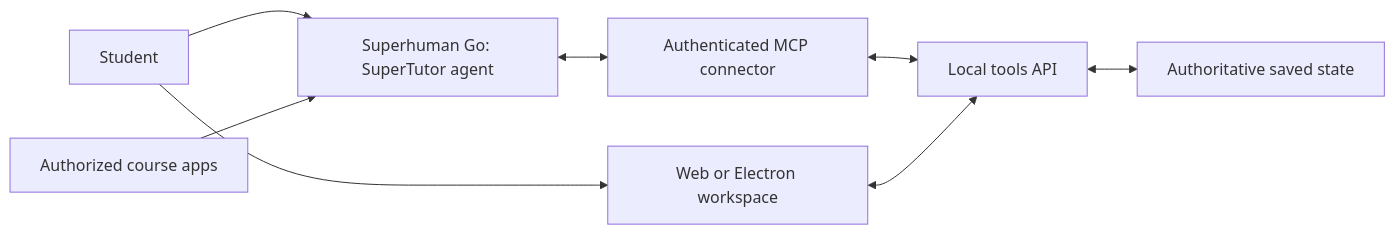
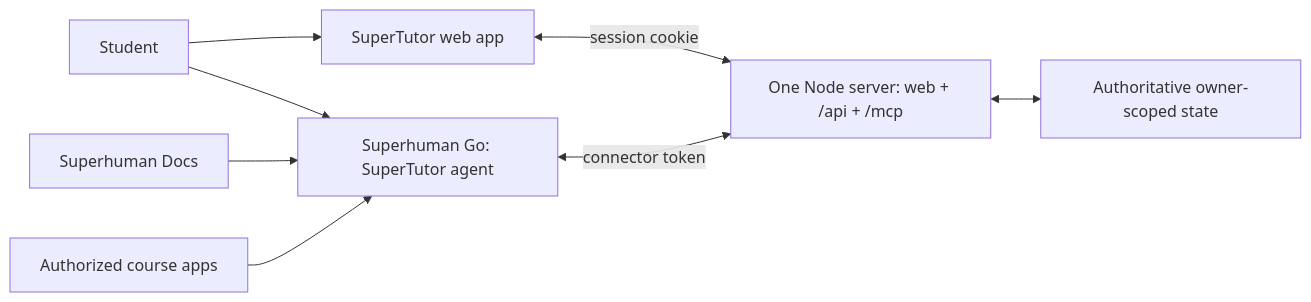
One commit to sabharwalainesh/SuperTutor changed the diagram in docs/ARCHITECTURE.md. Above: the diagram before and after it, drawn with Mermaid. The commit also changed other lines of this file and 91 other files, not shown here.

Commit message:
feat(web): ship SuperTutor workspace and Go integration

````diff
--- a/docs/ARCHITECTURE.md
+++ b/docs/ARCHITECTURE.md
@@ -5,10 +5,10 @@
 ```mermaid
 flowchart LR
+  Student --> Browser[SuperTutor web app]
   Student --> Go[Superhuman Go: SuperTutor agent]
-  Student --> Workspace[Web or Electron workspace]
-  Go <--> Connector[Authenticated MCP connector]
-  Connector <--> API[Local tools API]
-  Workspace <--> API
-  API <--> State[Authoritative saved state]
+  Browser <-->|session cookie| Server
+  Go <-->|connector token| Server[One Node server: web + /api + /mcp]
+  Server <--> State[Authoritative owner-scoped state]
+  Docs[Superhuman Docs] --> Go
   Sources[Authorized course apps] --> Go
 ```
````
